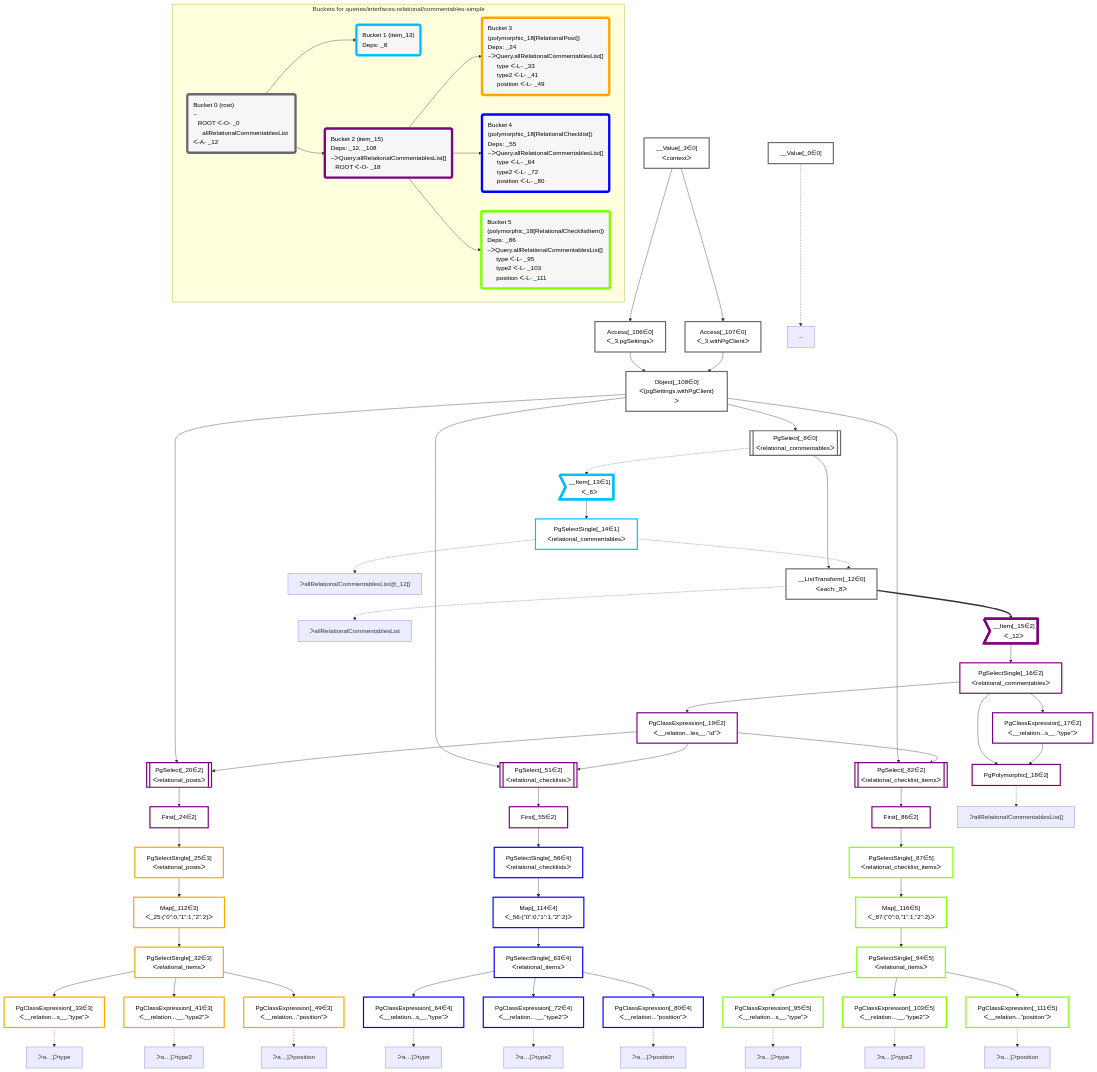
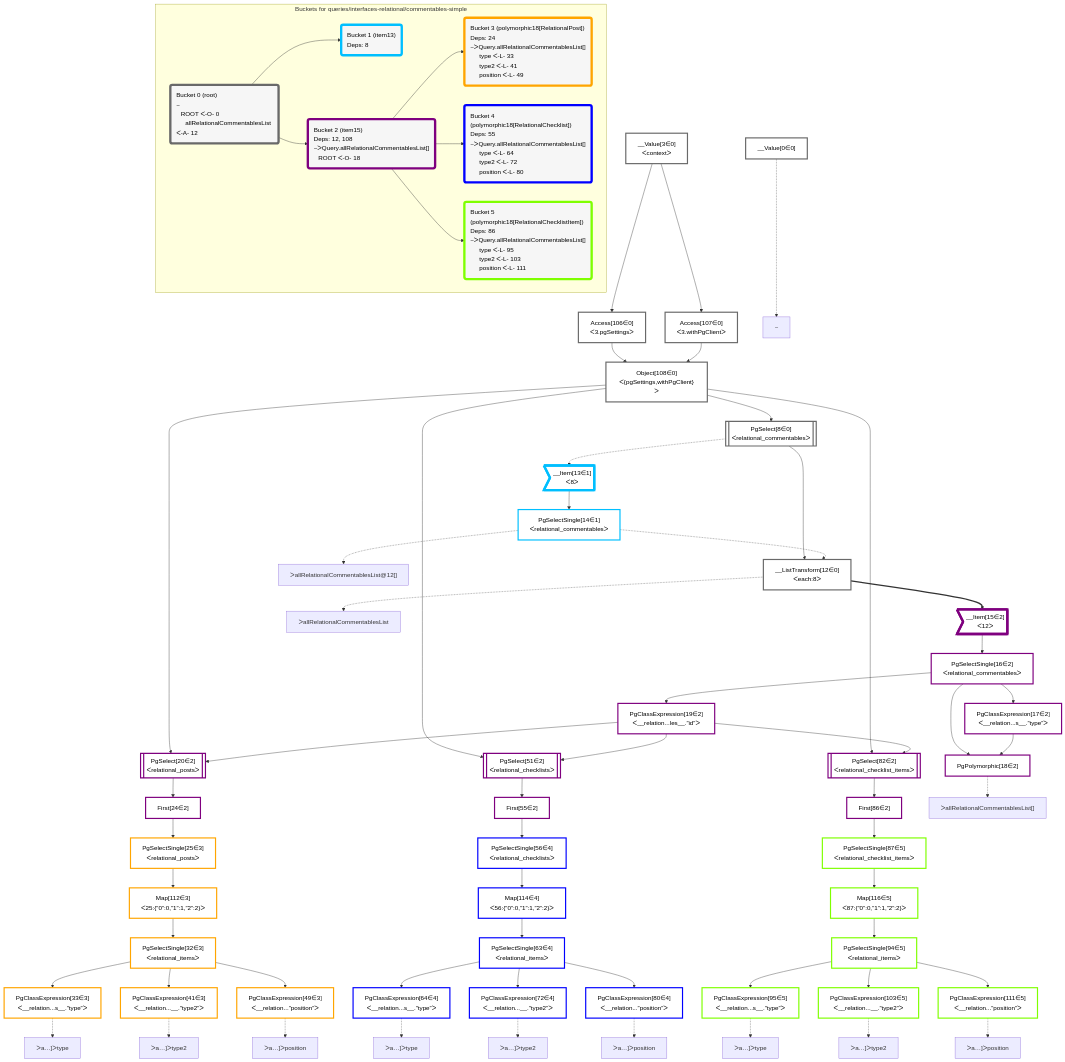
The diagram in packages/dataplan-pg/__tests__/queries/interfaces-relational/commentables-simple.deopt.mermaid.md (graphile/crystal), drawn with Mermaid before and after one commit. The commit also changed 195 other files, not shown here.

```diff
--- a/packages/dataplan-pg/__tests__/queries/interfaces-relational/commentables-simple.deopt.mermaid.md
+++ b/packages/dataplan-pg/__tests__/queries/interfaces-relational/commentables-simple.deopt.mermaid.md
@@ -8,131 +8,131 @@
 
 
     %% define plans
-    __Value_0["__Value[_0∈0]"]:::plan
-    PgPolymorphic_18["PgPolymorphic[_18∈2]"]:::plan
-    PgClassExpression_17["PgClassExpression[_17∈2]<br />ᐸ__relation...s__.”type”ᐳ"]:::plan
-    PgClassExpression_33["PgClassExpression[_33∈3]<br />ᐸ__relation...s__.”type”ᐳ"]:::plan
-    PgClassExpression_41["PgClassExpression[_41∈3]<br />ᐸ__relation...__.”type2”ᐳ"]:::plan
-    PgClassExpression_49["PgClassExpression[_49∈3]<br />ᐸ__relation...”position”ᐳ"]:::plan
-    PgSelectSingle_32["PgSelectSingle[_32∈3]<br />ᐸrelational_itemsᐳ"]:::plan
-    Map_112["Map[_112∈3]<br />ᐸ_25:{”0”:0,”1”:1,”2”:2}ᐳ"]:::plan
-    PgSelectSingle_25["PgSelectSingle[_25∈3]<br />ᐸrelational_postsᐳ"]:::plan
-    First_24["First[_24∈2]"]:::plan
-    PgSelect_20[["PgSelect[_20∈2]<br />ᐸrelational_postsᐳ"]]:::plan
-    PgClassExpression_64["PgClassExpression[_64∈4]<br />ᐸ__relation...s__.”type”ᐳ"]:::plan
-    PgClassExpression_72["PgClassExpression[_72∈4]<br />ᐸ__relation...__.”type2”ᐳ"]:::plan
-    PgClassExpression_80["PgClassExpression[_80∈4]<br />ᐸ__relation...”position”ᐳ"]:::plan
-    PgSelectSingle_63["PgSelectSingle[_63∈4]<br />ᐸrelational_itemsᐳ"]:::plan
-    Map_114["Map[_114∈4]<br />ᐸ_56:{”0”:0,”1”:1,”2”:2}ᐳ"]:::plan
-    PgSelectSingle_56["PgSelectSingle[_56∈4]<br />ᐸrelational_checklistsᐳ"]:::plan
-    First_55["First[_55∈2]"]:::plan
-    PgSelect_51[["PgSelect[_51∈2]<br />ᐸrelational_checklistsᐳ"]]:::plan
-    PgClassExpression_95["PgClassExpression[_95∈5]<br />ᐸ__relation...s__.”type”ᐳ"]:::plan
-    PgClassExpression_103["PgClassExpression[_103∈5]<br />ᐸ__relation...__.”type2”ᐳ"]:::plan
-    PgClassExpression_111["PgClassExpression[_111∈5]<br />ᐸ__relation...”position”ᐳ"]:::plan
-    PgSelectSingle_94["PgSelectSingle[_94∈5]<br />ᐸrelational_itemsᐳ"]:::plan
-    Map_116["Map[_116∈5]<br />ᐸ_87:{”0”:0,”1”:1,”2”:2}ᐳ"]:::plan
-    PgSelectSingle_87["PgSelectSingle[_87∈5]<br />ᐸrelational_checklist_itemsᐳ"]:::plan
-    First_86["First[_86∈2]"]:::plan
-    PgSelect_82[["PgSelect[_82∈2]<br />ᐸrelational_checklist_itemsᐳ"]]:::plan
-    PgClassExpression_19["PgClassExpression[_19∈2]<br />ᐸ__relation...les__.”id”ᐳ"]:::plan
-    PgSelectSingle_16["PgSelectSingle[_16∈2]<br />ᐸrelational_commentablesᐳ"]:::plan
-    __Item_15>"__Item[_15∈2]<br />ᐸ_12ᐳ"]:::itemplan
-    __ListTransform_12["__ListTransform[_12∈0]<br />ᐸeach:_8ᐳ"]:::plan
-    PgSelectSingle_14["PgSelectSingle[_14∈1]<br />ᐸrelational_commentablesᐳ"]:::plan
-    __Item_13>"__Item[_13∈1]<br />ᐸ_8ᐳ"]:::itemplan
-    PgSelect_8[["PgSelect[_8∈0]<br />ᐸrelational_commentablesᐳ"]]:::plan
-    Object_108["Object[_108∈0]<br />ᐸ{pgSettings,withPgClient}ᐳ"]:::plan
-    Access_106["Access[_106∈0]<br />ᐸ_3.pgSettingsᐳ"]:::plan
-    Access_107["Access[_107∈0]<br />ᐸ_3.withPgClientᐳ"]:::plan
-    __Value_3["__Value[_3∈0]<br />ᐸcontextᐳ"]:::plan
+    __Value0["__Value[0∈0]"]:::plan
+    PgPolymorphic18["PgPolymorphic[18∈2]"]:::plan
+    PgClassExpression17["PgClassExpression[17∈2]<br />ᐸ__relation...s__.”type”ᐳ"]:::plan
+    PgClassExpression33["PgClassExpression[33∈3]<br />ᐸ__relation...s__.”type”ᐳ"]:::plan
+    PgClassExpression41["PgClassExpression[41∈3]<br />ᐸ__relation...__.”type2”ᐳ"]:::plan
+    PgClassExpression49["PgClassExpression[49∈3]<br />ᐸ__relation...”position”ᐳ"]:::plan
+    PgSelectSingle32["PgSelectSingle[32∈3]<br />ᐸrelational_itemsᐳ"]:::plan
+    Map112["Map[112∈3]<br />ᐸ25:{”0”:0,”1”:1,”2”:2}ᐳ"]:::plan
+    PgSelectSingle25["PgSelectSingle[25∈3]<br />ᐸrelational_postsᐳ"]:::plan
+    First24["First[24∈2]"]:::plan
+    PgSelect20[["PgSelect[20∈2]<br />ᐸrelational_postsᐳ"]]:::plan
+    PgClassExpression64["PgClassExpression[64∈4]<br />ᐸ__relation...s__.”type”ᐳ"]:::plan
+    PgClassExpression72["PgClassExpression[72∈4]<br />ᐸ__relation...__.”type2”ᐳ"]:::plan
+    PgClassExpression80["PgClassExpression[80∈4]<br />ᐸ__relation...”position”ᐳ"]:::plan
+    PgSelectSingle63["PgSelectSingle[63∈4]<br />ᐸrelational_itemsᐳ"]:::plan
+    Map114["Map[114∈4]<br />ᐸ56:{”0”:0,”1”:1,”2”:2}ᐳ"]:::plan
+    PgSelectSingle56["PgSelectSingle[56∈4]<br />ᐸrelational_checklistsᐳ"]:::plan
+    First55["First[55∈2]"]:::plan
+    PgSelect51[["PgSelect[51∈2]<br />ᐸrelational_checklistsᐳ"]]:::plan
+    PgClassExpression95["PgClassExpression[95∈5]<br />ᐸ__relation...s__.”type”ᐳ"]:::plan
+    PgClassExpression103["PgClassExpression[103∈5]<br />ᐸ__relation...__.”type2”ᐳ"]:::plan
+    PgClassExpression111["PgClassExpression[111∈5]<br />ᐸ__relation...”position”ᐳ"]:::plan
+    PgSelectSingle94["PgSelectSingle[94∈5]<br />ᐸrelational_itemsᐳ"]:::plan
+    Map116["Map[116∈5]<br />ᐸ87:{”0”:0,”1”:1,”2”:2}ᐳ"]:::plan
+    PgSelectSingle87["PgSelectSingle[87∈5]<br />ᐸrelational_checklist_itemsᐳ"]:::plan
+    First86["First[86∈2]"]:::plan
+    PgSelect82[["PgSelect[82∈2]<br />ᐸrelational_checklist_itemsᐳ"]]:::plan
+    PgClassExpression19["PgClassExpression[19∈2]<br />ᐸ__relation...les__.”id”ᐳ"]:::plan
+    PgSelectSingle16["PgSelectSingle[16∈2]<br />ᐸrelational_commentablesᐳ"]:::plan
+    __Item15>"__Item[15∈2]<br />ᐸ12ᐳ"]:::itemplan
+    __ListTransform12["__ListTransform[12∈0]<br />ᐸeach:8ᐳ"]:::plan
+    PgSelectSingle14["PgSelectSingle[14∈1]<br />ᐸrelational_commentablesᐳ"]:::plan
+    __Item13>"__Item[13∈1]<br />ᐸ8ᐳ"]:::itemplan
+    PgSelect8[["PgSelect[8∈0]<br />ᐸrelational_commentablesᐳ"]]:::plan
+    Object108["Object[108∈0]<br />ᐸ{pgSettings,withPgClient}ᐳ"]:::plan
+    Access106["Access[106∈0]<br />ᐸ3.pgSettingsᐳ"]:::plan
+    Access107["Access[107∈0]<br />ᐸ3.withPgClientᐳ"]:::plan
+    __Value3["__Value[3∈0]<br />ᐸcontextᐳ"]:::plan
 
     %% plan dependencies
-    PgSelectSingle_16 & PgClassExpression_17 --> PgPolymorphic_18
-    PgSelectSingle_16 --> PgClassExpression_17
-    PgSelectSingle_32 --> PgClassExpression_33
-    PgSelectSingle_32 --> PgClassExpression_41
-    PgSelectSingle_32 --> PgClassExpression_49
-    Map_112 --> PgSelectSingle_32
-    PgSelectSingle_25 --> Map_112
-    First_24 --> PgSelectSingle_25
-    PgSelect_20 --> First_24
-    Object_108 & PgClassExpression_19 --> PgSelect_20
-    PgSelectSingle_63 --> PgClassExpression_64
-    PgSelectSingle_63 --> PgClassExpression_72
-    PgSelectSingle_63 --> PgClassExpression_80
-    Map_114 --> PgSelectSingle_63
-    PgSelectSingle_56 --> Map_114
-    First_55 --> PgSelectSingle_56
-    PgSelect_51 --> First_55
-    Object_108 & PgClassExpression_19 --> PgSelect_51
-    PgSelectSingle_94 --> PgClassExpression_95
-    PgSelectSingle_94 --> PgClassExpression_103
-    PgSelectSingle_94 --> PgClassExpression_111
-    Map_116 --> PgSelectSingle_94
-    PgSelectSingle_87 --> Map_116
-    First_86 --> PgSelectSingle_87
-    PgSelect_82 --> First_86
-    Object_108 & PgClassExpression_19 --> PgSelect_82
-    PgSelectSingle_16 --> PgClassExpression_19
-    __Item_15 --> PgSelectSingle_16
-    __ListTransform_12 ==> __Item_15
-    PgSelect_8 --> __ListTransform_12
-    PgSelectSingle_14 -.-> __ListTransform_12
-    __Item_13 --> PgSelectSingle_14
-    PgSelect_8 -.-> __Item_13
-    Object_108 --> PgSelect_8
-    Access_106 & Access_107 --> Object_108
-    __Value_3 --> Access_106
-    __Value_3 --> Access_107
+    PgSelectSingle16 & PgClassExpression17 --> PgPolymorphic18
+    PgSelectSingle16 --> PgClassExpression17
+    PgSelectSingle32 --> PgClassExpression33
+    PgSelectSingle32 --> PgClassExpression41
+    PgSelectSingle32 --> PgClassExpression49
+    Map112 --> PgSelectSingle32
+    PgSelectSingle25 --> Map112
+    First24 --> PgSelectSingle25
+    PgSelect20 --> First24
+    Object108 & PgClassExpression19 --> PgSelect20
+    PgSelectSingle63 --> PgClassExpression64
+    PgSelectSingle63 --> PgClassExpression72
+    PgSelectSingle63 --> PgClassExpression80
+    Map114 --> PgSelectSingle63
+    PgSelectSingle56 --> Map114
+    First55 --> PgSelectSingle56
+    PgSelect51 --> First55
+    Object108 & PgClassExpression19 --> PgSelect51
+    PgSelectSingle94 --> PgClassExpression95
+    PgSelectSingle94 --> PgClassExpression103
+    PgSelectSingle94 --> PgClassExpression111
+    Map116 --> PgSelectSingle94
+    PgSelectSingle87 --> Map116
+    First86 --> PgSelectSingle87
+    PgSelect82 --> First86
+    Object108 & PgClassExpression19 --> PgSelect82
+    PgSelectSingle16 --> PgClassExpression19
+    __Item15 --> PgSelectSingle16
+    __ListTransform12 ==> __Item15
+    PgSelect8 --> __ListTransform12
+    PgSelectSingle14 -.-> __ListTransform12
+    __Item13 --> PgSelectSingle14
+    PgSelect8 -.-> __Item13
+    Object108 --> PgSelect8
+    Access106 & Access107 --> Object108
+    __Value3 --> Access106
+    __Value3 --> Access107
 
     %% plan-to-path relationships
-    P_0["~"]
-    __Value_0 -.-> P_0
-    P_12["ᐳallRelationalCommentablesList"]
-    __ListTransform_12 -.-> P_12
-    P_14["ᐳallRelationalCommentablesList@_12[]"]
-    PgSelectSingle_14 -.-> P_14
-    P_18["ᐳallRelationalCommentablesList[]"]
-    PgPolymorphic_18 -.-> P_18
-    P_33["ᐳa…]ᐳtype"]
-    PgClassExpression_33 -.-> P_33
-    P_41["ᐳa…]ᐳtype2"]
-    PgClassExpression_41 -.-> P_41
-    P_49["ᐳa…]ᐳposition"]
-    PgClassExpression_49 -.-> P_49
-    P_64["ᐳa…]ᐳtype"]
-    PgClassExpression_64 -.-> P_64
-    P_72["ᐳa…]ᐳtype2"]
-    PgClassExpression_72 -.-> P_72
-    P_80["ᐳa…]ᐳposition"]
-    PgClassExpression_80 -.-> P_80
-    P_95["ᐳa…]ᐳtype"]
-    PgClassExpression_95 -.-> P_95
-    P_103["ᐳa…]ᐳtype2"]
-    PgClassExpression_103 -.-> P_103
-    P_111["ᐳa…]ᐳposition"]
-    PgClassExpression_111 -.-> P_111
+    P0["~"]
+    __Value0 -.-> P0
+    P12["ᐳallRelationalCommentablesList"]
+    __ListTransform12 -.-> P12
+    P14["ᐳallRelationalCommentablesList@12[]"]
+    PgSelectSingle14 -.-> P14
+    P18["ᐳallRelationalCommentablesList[]"]
+    PgPolymorphic18 -.-> P18
+    P33["ᐳa…]ᐳtype"]
+    PgClassExpression33 -.-> P33
+    P41["ᐳa…]ᐳtype2"]
+    PgClassExpression41 -.-> P41
+    P49["ᐳa…]ᐳposition"]
+    PgClassExpression49 -.-> P49
+    P64["ᐳa…]ᐳtype"]
+    PgClassExpression64 -.-> P64
+    P72["ᐳa…]ᐳtype2"]
+    PgClassExpression72 -.-> P72
+    P80["ᐳa…]ᐳposition"]
+    PgClassExpression80 -.-> P80
+    P95["ᐳa…]ᐳtype"]
+    PgClassExpression95 -.-> P95
+    P103["ᐳa…]ᐳtype2"]
+    PgClassExpression103 -.-> P103
+    P111["ᐳa…]ᐳposition"]
+    PgClassExpression111 -.-> P111
 
     subgraph "Buckets for queries/interfaces-relational/commentables-simple"
-    Bucket0("Bucket 0 (root)<br />~<br />⠀ROOT ᐸ-O- _0<br />⠀⠀allRelationalCommentablesList ᐸ-A- _12"):::bucket
+    Bucket0("Bucket 0 (root)<br />~<br />⠀ROOT ᐸ-O- 0<br />⠀⠀allRelationalCommentablesList ᐸ-A- 12"):::bucket
     classDef bucket0 stroke:#696969
-    class Bucket0,__Value_0,__Value_3,PgSelect_8,__ListTransform_12,Access_106,Access_107,Object_108 bucket0
-    Bucket1("Bucket 1 (item_13)<br />Deps: _8"):::bucket
+    class Bucket0,__Value0,__Value3,PgSelect8,__ListTransform12,Access106,Access107,Object108 bucket0
+    Bucket1("Bucket 1 (item13)<br />Deps: 8"):::bucket
     classDef bucket1 stroke:#00bfff
-    class Bucket1,__Item_13,PgSelectSingle_14 bucket1
-    Bucket2("Bucket 2 (item_15)<br />Deps: _12, _108<br />~ᐳQuery.allRelationalCommentablesList[]<br />⠀ROOT ᐸ-O- _18"):::bucket
+    class Bucket1,__Item13,PgSelectSingle14 bucket1
+    Bucket2("Bucket 2 (item15)<br />Deps: 12, 108<br />~ᐳQuery.allRelationalCommentablesList[]<br />⠀ROOT ᐸ-O- 18"):::bucket
     classDef bucket2 stroke:#7f007f
-    class Bucket2,__Item_15,PgSelectSingle_16,PgClassExpression_17,PgPolymorphic_18,PgClassExpression_19,PgSelect_20,First_24,PgSelect_51,First_55,PgSelect_82,First_86 bucket2
-    Bucket3("Bucket 3 (polymorphic_18[RelationalPost])<br />Deps: _24<br />~ᐳQuery.allRelationalCommentablesList[]<br />⠀⠀type ᐸ-L- _33<br />⠀⠀type2 ᐸ-L- _41<br />⠀⠀position ᐸ-L- _49"):::bucket
+    class Bucket2,__Item15,PgSelectSingle16,PgClassExpression17,PgPolymorphic18,PgClassExpression19,PgSelect20,First24,PgSelect51,First55,PgSelect82,First86 bucket2
+    Bucket3("Bucket 3 (polymorphic18[RelationalPost])<br />Deps: 24<br />~ᐳQuery.allRelationalCommentablesList[]<br />⠀⠀type ᐸ-L- 33<br />⠀⠀type2 ᐸ-L- 41<br />⠀⠀position ᐸ-L- 49"):::bucket
     classDef bucket3 stroke:#ffa500
-    class Bucket3,PgSelectSingle_25,PgSelectSingle_32,PgClassExpression_33,PgClassExpression_41,PgClassExpression_49,Map_112 bucket3
-    Bucket4("Bucket 4 (polymorphic_18[RelationalChecklist])<br />Deps: _55<br />~ᐳQuery.allRelationalCommentablesList[]<br />⠀⠀type ᐸ-L- _64<br />⠀⠀type2 ᐸ-L- _72<br />⠀⠀position ᐸ-L- _80"):::bucket
+    class Bucket3,PgSelectSingle25,PgSelectSingle32,PgClassExpression33,PgClassExpression41,PgClassExpression49,Map112 bucket3
+    Bucket4("Bucket 4 (polymorphic18[RelationalChecklist])<br />Deps: 55<br />~ᐳQuery.allRelationalCommentablesList[]<br />⠀⠀type ᐸ-L- 64<br />⠀⠀type2 ᐸ-L- 72<br />⠀⠀position ᐸ-L- 80"):::bucket
     classDef bucket4 stroke:#0000ff
-    class Bucket4,PgSelectSingle_56,PgSelectSingle_63,PgClassExpression_64,PgClassExpression_72,PgClassExpression_80,Map_114 bucket4
-    Bucket5("Bucket 5 (polymorphic_18[RelationalChecklistItem])<br />Deps: _86<br />~ᐳQuery.allRelationalCommentablesList[]<br />⠀⠀type ᐸ-L- _95<br />⠀⠀type2 ᐸ-L- _103<br />⠀⠀position ᐸ-L- _111"):::bucket
+    class Bucket4,PgSelectSingle56,PgSelectSingle63,PgClassExpression64,PgClassExpression72,PgClassExpression80,Map114 bucket4
+    Bucket5("Bucket 5 (polymorphic18[RelationalChecklistItem])<br />Deps: 86<br />~ᐳQuery.allRelationalCommentablesList[]<br />⠀⠀type ᐸ-L- 95<br />⠀⠀type2 ᐸ-L- 103<br />⠀⠀position ᐸ-L- 111"):::bucket
     classDef bucket5 stroke:#7fff00
-    class Bucket5,PgSelectSingle_87,PgSelectSingle_94,PgClassExpression_95,PgClassExpression_103,PgClassExpression_111,Map_116 bucket5
+    class Bucket5,PgSelectSingle87,PgSelectSingle94,PgClassExpression95,PgClassExpression103,PgClassExpression111,Map116 bucket5
     Bucket0 --> Bucket1 & Bucket2
     Bucket2 --> Bucket3 & Bucket4 & Bucket5
     end
```
